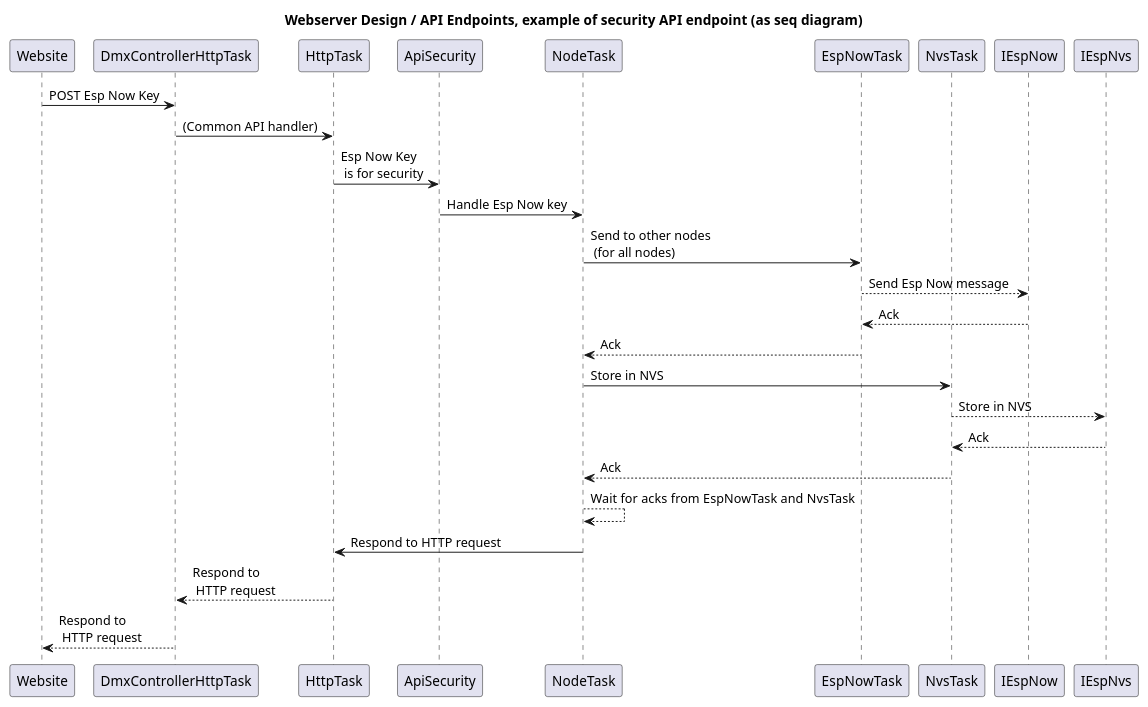
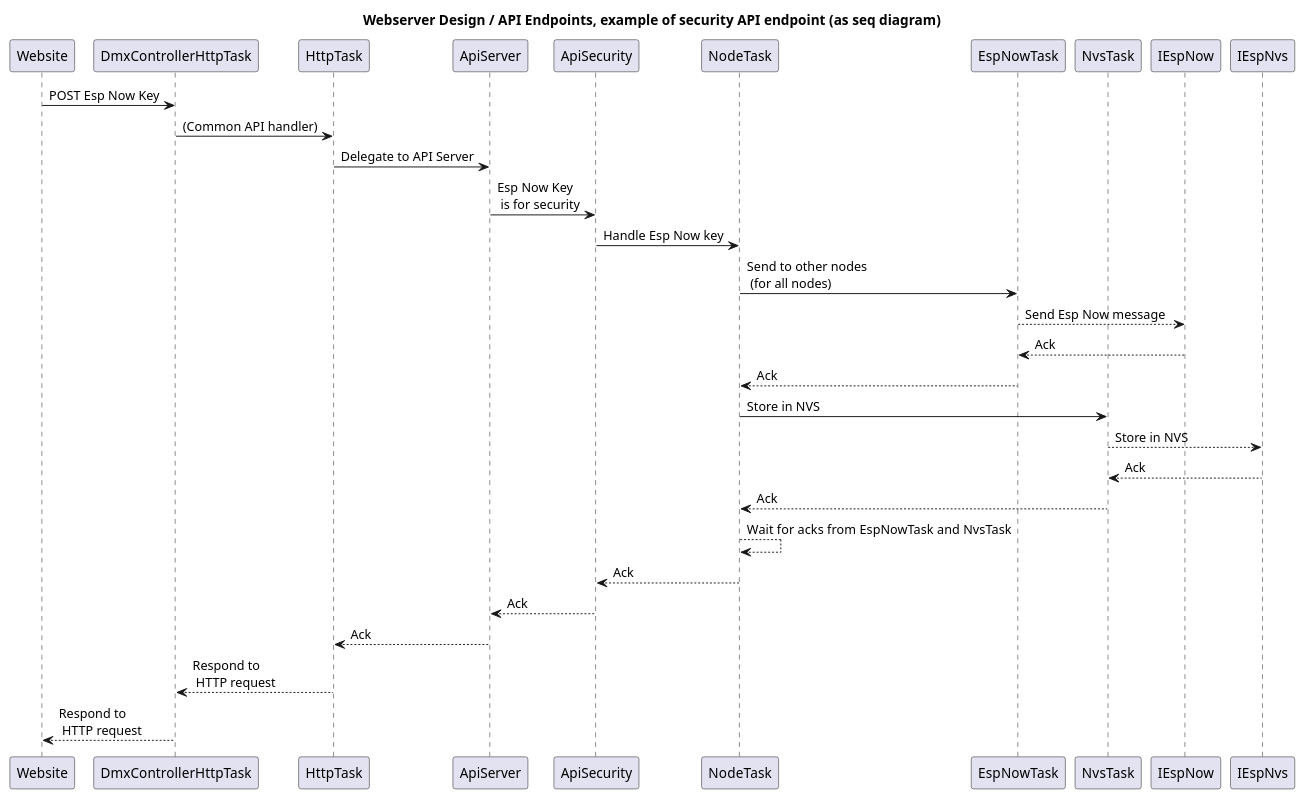
Before and after one commit to michelkeijzers/Esp32Framework: the third of 5 diagrams in docs/requirements_and_dds/slaves/webserver.puml, drawn with PlantUML. The commit also changed other lines of this file and 9 other files, not shown here.

Commit message:
Renamed/located Webserver to ApiServer

```diff
--- a/docs/requirements_and_dds/slaves/webserver.puml
+++ b/docs/requirements_and_dds/slaves/webserver.puml
@@ -159,30 +160,34 @@
 @startuml 
 
 title Webserver Design / API Endpoints, example of security API endpoint (as seq diagram)
 
 participant Website
 participant DmxControllerHttpTask
 participant HttpTask
+participant ApiServer
 participant ApiSecurity
 participant NodeTask
 participant EspNowTask
 participant NvsTask
 
 Website ->  DmxControllerHttpTask : POST Esp Now Key
 DmxControllerHttpTask -> HttpTask : (Common API handler)
-HttpTask -> ApiSecurity : Esp Now Key \n is for security
+HttpTask -> ApiServer : Delegate to API Server
+ApiServer -> ApiSecurity : Esp Now Key \n is for security
 ApiSecurity -> NodeTask : Handle Esp Now key
 NodeTask -> EspNowTask : Send to other nodes \n (for all nodes)
 EspNowTask --> IEspNow : Send Esp Now message
 IEspNow --> EspNowTask : Ack
 EspNowTask --> NodeTask: Ack
 NodeTask -> NvsTask : Store in NVS
 NvsTask --> IEspNvs: Store in NVS
 IEspNvs --> NvsTask: Ack
 NvsTask --> NodeTask : Ack
 NodeTask --> NodeTask : Wait for acks from EspNowTask and NvsTask
-NodeTask -> HttpTask : Respond to HTTP request
+NodeTask --> ApiSecurity : Ack
+ApiSecurity --> ApiServer : Ack
+ApiServer --> HttpTask : Ack
 HttpTask --> DmxControllerHttpTask : Respond to \n HTTP request
 DmxControllerHttpTask --> Website : Respond to \n HTTP request
 
 @enduml 
```
